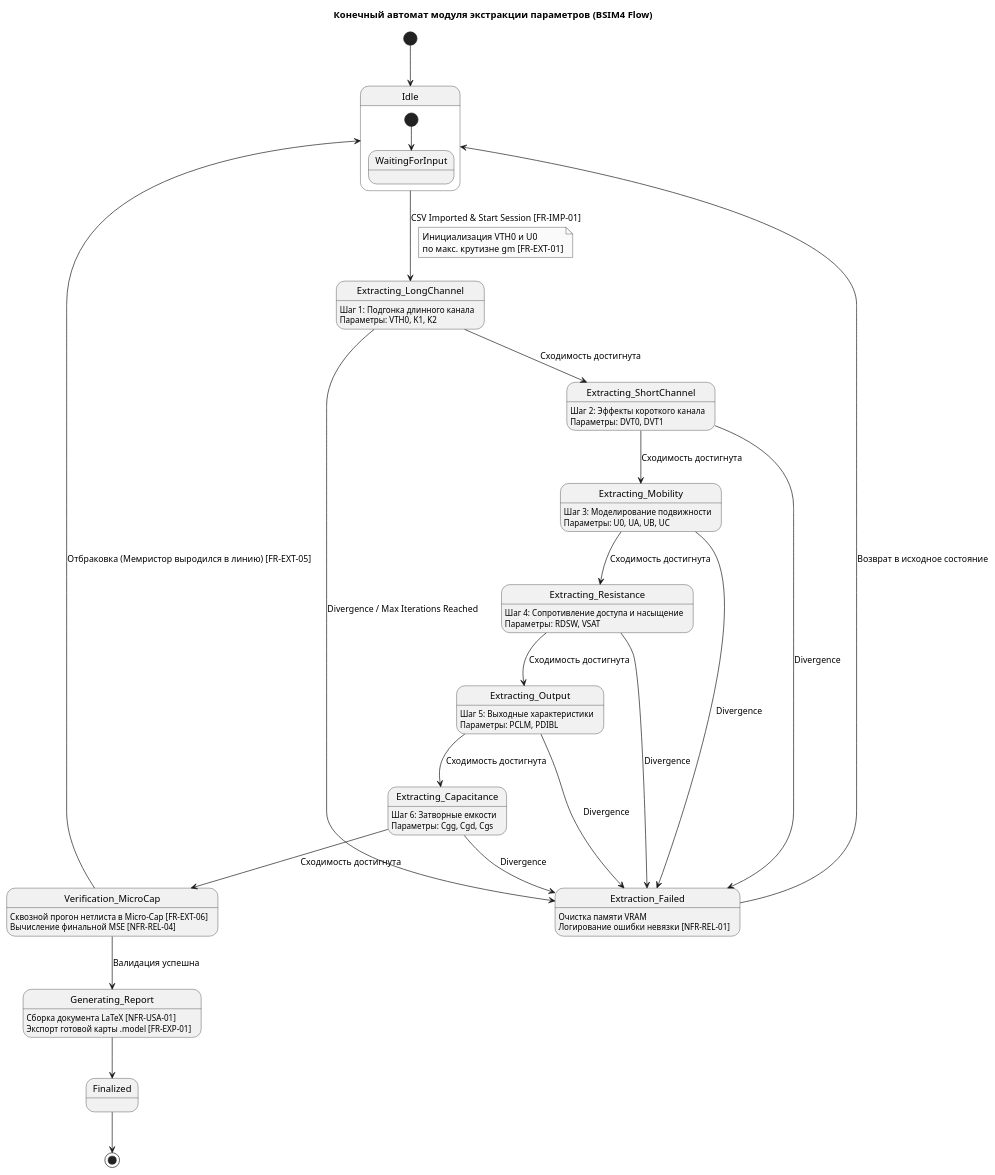
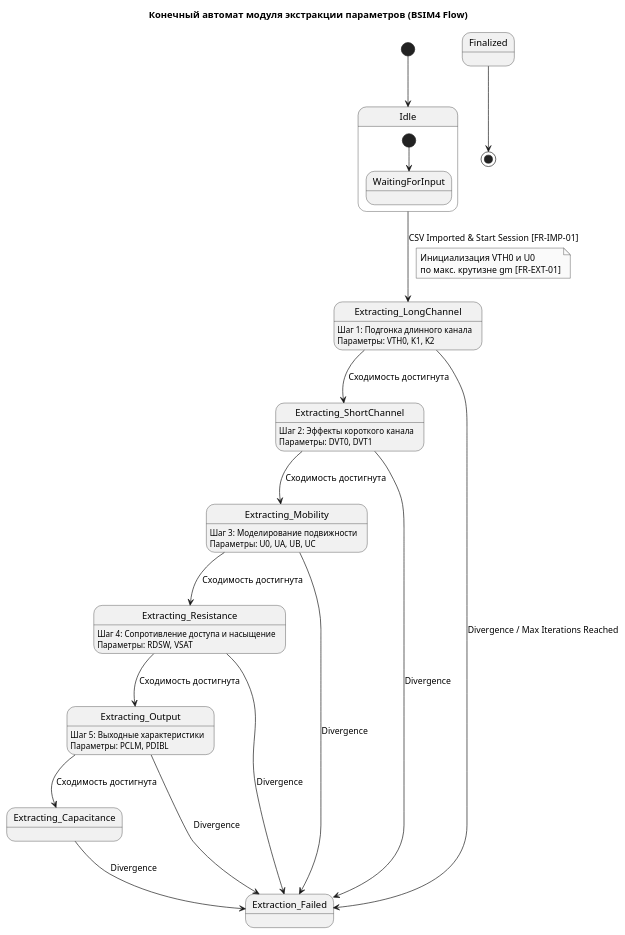
Before and after one commit to andrejstrogonov/TSPICELaboratory: the diagram in architecture/diagrams/backend/ExtractionDiagramm.puml, drawn with PlantUML. The commit also changed 1 other file, not shown here.

Commit message:
Started fixing diagramms

```diff
--- a/architecture/diagrams/backend/ExtractionDiagramm.puml
+++ b/architecture/diagrams/backend/ExtractionDiagramm.puml
@@ -1,53 +1,40 @@
 @startuml
 skinparam monochrome true
 skinparam shadowing false
 
 title Конечный автомат модуля экстракции параметров (BSIM4 Flow)
 
 [*] --> Idle
 
 State Idle {
     [*] --> WaitingForInput
 }
 
 Idle --> Extracting_LongChannel : CSV Imported & Start Session [FR-IMP-01]
 note on link: Инициализация VTH0 и U0\nпо макс. крутизне gm [FR-EXT-01]
 
 state Extracting_LongChannel : Шаг 1: Подгонка длинного канала\nПараметры: VTH0, K1, K2
 Extracting_LongChannel --> Extracting_ShortChannel : Сходимость достигнута
 
 state Extracting_ShortChannel : Шаг 2: Эффекты короткого канала\nПараметры: DVT0, DVT1
 Extracting_ShortChannel --> Extracting_Mobility : Сходимость достигнута
 
 state Extracting_Mobility : Шаг 3: Моделирование подвижности\nПараметры: U0, UA, UB, UC
 Extracting_Mobility --> Extracting_Resistance : Сходимость достигнута
 
 state Extracting_Resistance : Шаг 4: Сопротивление доступа и насыщение\nПараметры: RDSW, VSAT
 Extracting_Resistance --> Extracting_Output : Сходимость достигнута
 
 state Extracting_Output : Шаг 5: Выходные характеристики\nПараметры: PCLM, PDIBL
 Extracting_Output --> Extracting_Capacitance : Сходимость достигнута
 
-state Extracting_Capacitance : Шаг 6: Затворные емкости\nПараметры: Cgg, Cgd, Cgs
-Extracting_Capacitance --> Verification_MicroCap : Сходимость достигнута
-
-state Verification_MicroCap : Сквозной прогон нетлиста в Micro-Cap [FR-EXT-06]\nВычисление финальной MSE [NFR-REL-04]
-Verification_MicroCap --> Generating_Report : Валидация успешна
-Verification_MicroCap --> Idle : Отбраковка (Мемристор выродился в линию) [FR-EXT-05]
-
-state Generating_Report : Сборка документа LaTeX [NFR-USA-01]\nЭкспорт готовой карты .model [FR-EXP-01]
-Generating_Report --> Finalized
-
-state Extraction_Failed : Очистка памяти VRAM\nЛогирование ошибки невязки [NFR-REL-01]
-Extraction_Failed --> Idle : Возврат в исходное состояние
-
 ' Обработка ошибок сходимости на любом этапе
 Extracting_LongChannel --> Extraction_Failed : Divergence / Max Iterations Reached
 Extracting_ShortChannel --> Extraction_Failed : Divergence
 Extracting_Mobility --> Extraction_Failed : Divergence
 Extracting_Resistance --> Extraction_Failed : Divergence
 Extracting_Output --> Extraction_Failed : Divergence
 Extracting_Capacitance --> Extraction_Failed : Divergence
 
 Finalized --> [*]
 @endum
```
